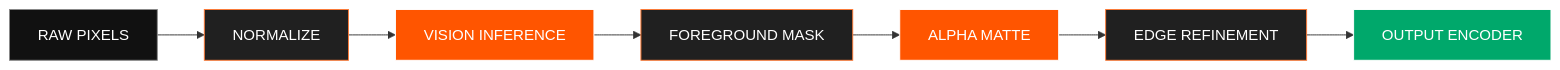
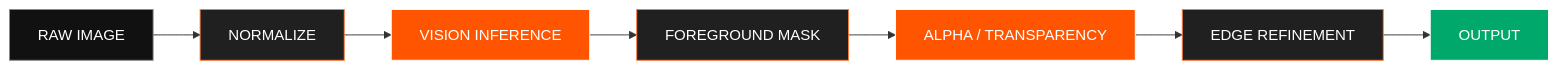
The fourth of 8 diagrams in README.md (AkshatRaj00/cutout-studio), drawn with Mermaid before and after one commit. The commit also changed other lines of this file, not shown here.

````diff
--- a/README.md
+++ b/README.md
@@ -214,18 +175,18 @@
 ```mermaid
 flowchart LR
 
-    A["RAW PIXELS"] --> B["NORMALIZE"]
+    A["RAW IMAGE"] --> B["NORMALIZE"]
     B --> C["VISION INFERENCE"]
     C --> D["FOREGROUND MASK"]
-    D --> E["ALPHA MATTE"]
+    D --> E["ALPHA / TRANSPARENCY"]
     E --> F["EDGE REFINEMENT"]
-    F --> G["OUTPUT ENCODER"]
+    F --> G["OUTPUT"]
 
     style A fill:#111111,stroke:#888888,color:#ffffff
     style B fill:#202020,stroke:#ff7a35,color:#ffffff
     style C fill:#ff5500,stroke:#ffffff,color:#ffffff
     style D fill:#202020,stroke:#ff7a35,color:#ffffff
     style E fill:#ff5500,stroke:#ffffff,color:#ffffff
     style F fill:#202020,stroke:#ff7a35,color:#ffffff
     style G fill:#00a86b,stroke:#ffffff,color:#ffffff
 ```
````
